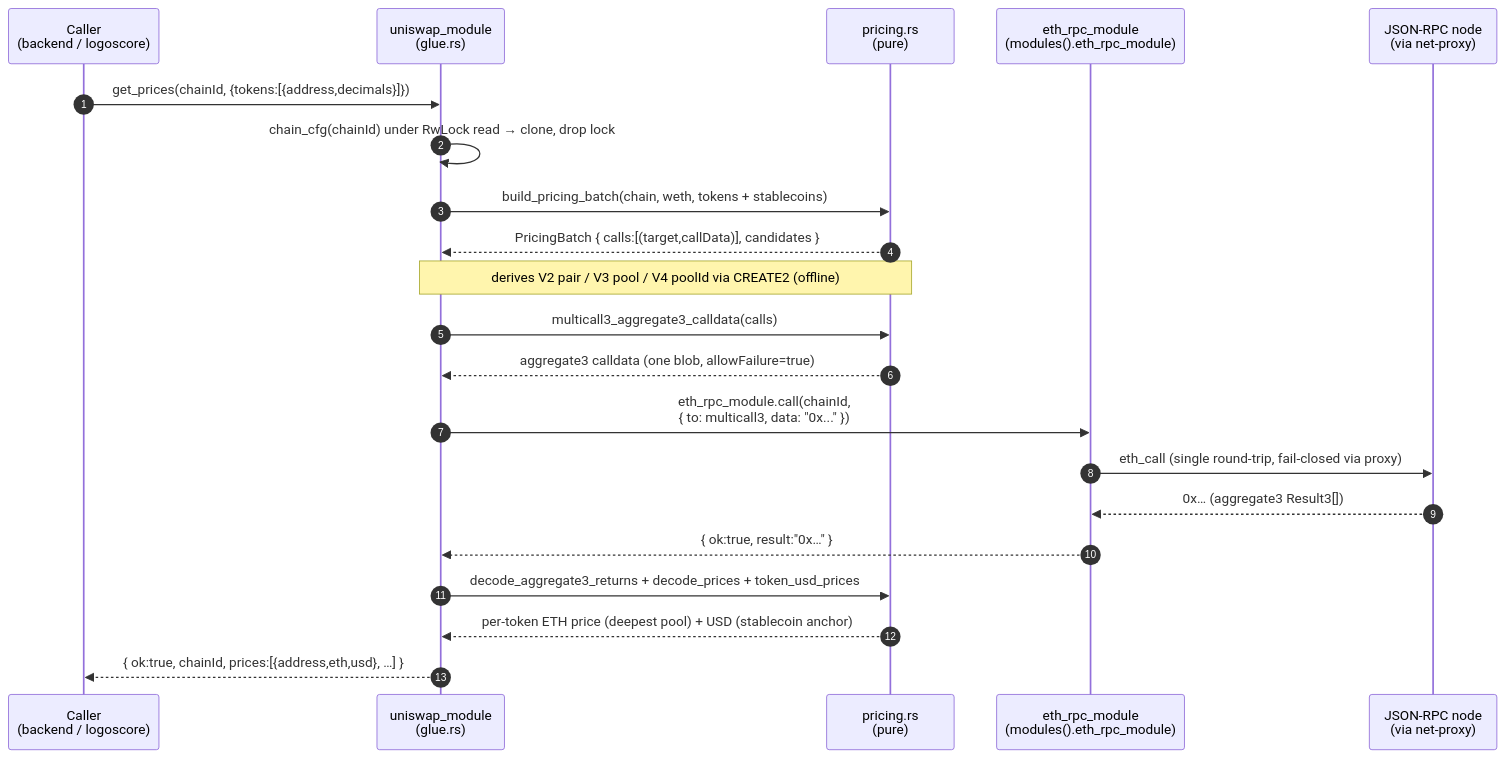
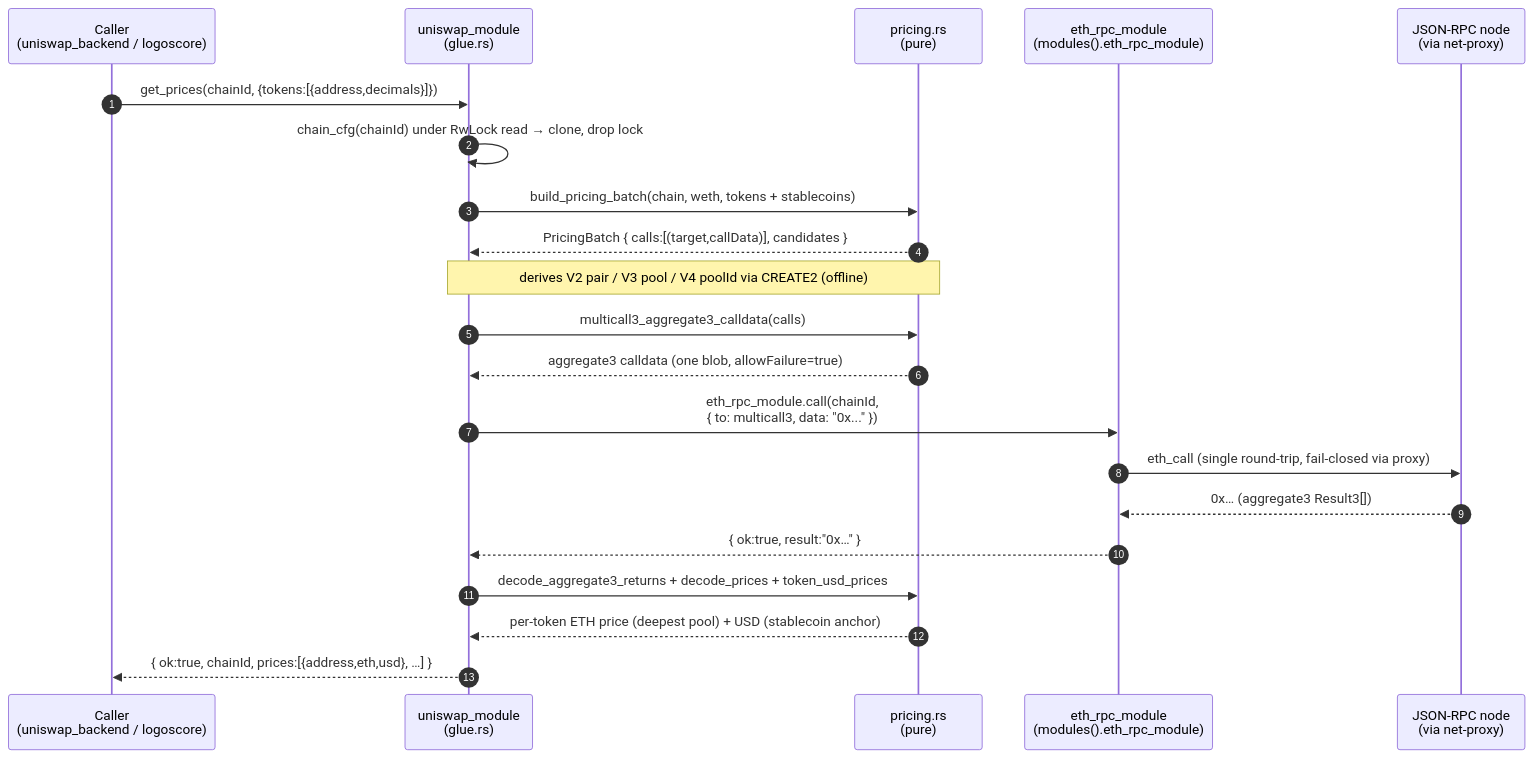
Before and after one commit to logos-co/logos-evm-uniswap-module: the second of 2 diagrams in docs/specs.md, drawn with Mermaid. The commit also changed other lines of this file, not shown here.

````diff
--- a/docs/specs.md
+++ b/docs/specs.md
@@ -125,24 +126,24 @@
 ```mermaid
 sequenceDiagram
     autonumber
-    participant Caller as Caller<br/>(backend / logoscore)
+    participant Caller as Caller<br/>(uniswap_backend / logoscore)
     participant Uni as uniswap_module<br/>(glue.rs)
     participant Pri as pricing.rs<br/>(pure)
     participant Eth as eth_rpc_module<br/>(modules().eth_rpc_module)
     participant Node as JSON-RPC node<br/>(via net-proxy)
 
     Caller->>Uni: get_prices(chainId, {tokens:[{address,decimals}]})
     Uni->>Uni: chain_cfg(chainId) under RwLock read → clone, drop lock
     Uni->>Pri: build_pricing_batch(chain, weth, tokens + stablecoins)
     Pri-->>Uni: PricingBatch { calls:[(target,callData)], candidates }
     Note over Uni,Pri: derives V2 pair / V3 pool / V4 poolId via CREATE2 (offline)
     Uni->>Pri: multicall3_aggregate3_calldata(calls)
     Pri-->>Uni: aggregate3 calldata (one blob, allowFailure=true)
     Uni->>Eth: eth_rpc_module.call(chainId,<br/>{ to: multicall3, data: "0x..." })
     Eth->>Node: eth_call (single round-trip, fail-closed via proxy)
     Node-->>Eth: 0x… (aggregate3 Result3[])
     Eth-->>Uni: { ok:true, result:"0x…" }
     Uni->>Pri: decode_aggregate3_returns + decode_prices + token_usd_prices
     Pri-->>Uni: per-token ETH price (deepest pool) + USD (stablecoin anchor)
     Uni-->>Caller: { ok:true, chainId, prices:[{address,eth,usd}, …] }
 ```
````
